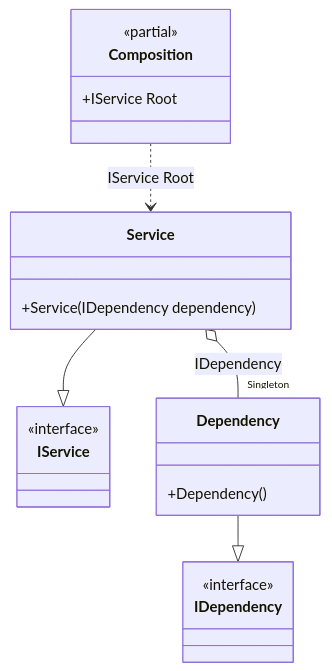
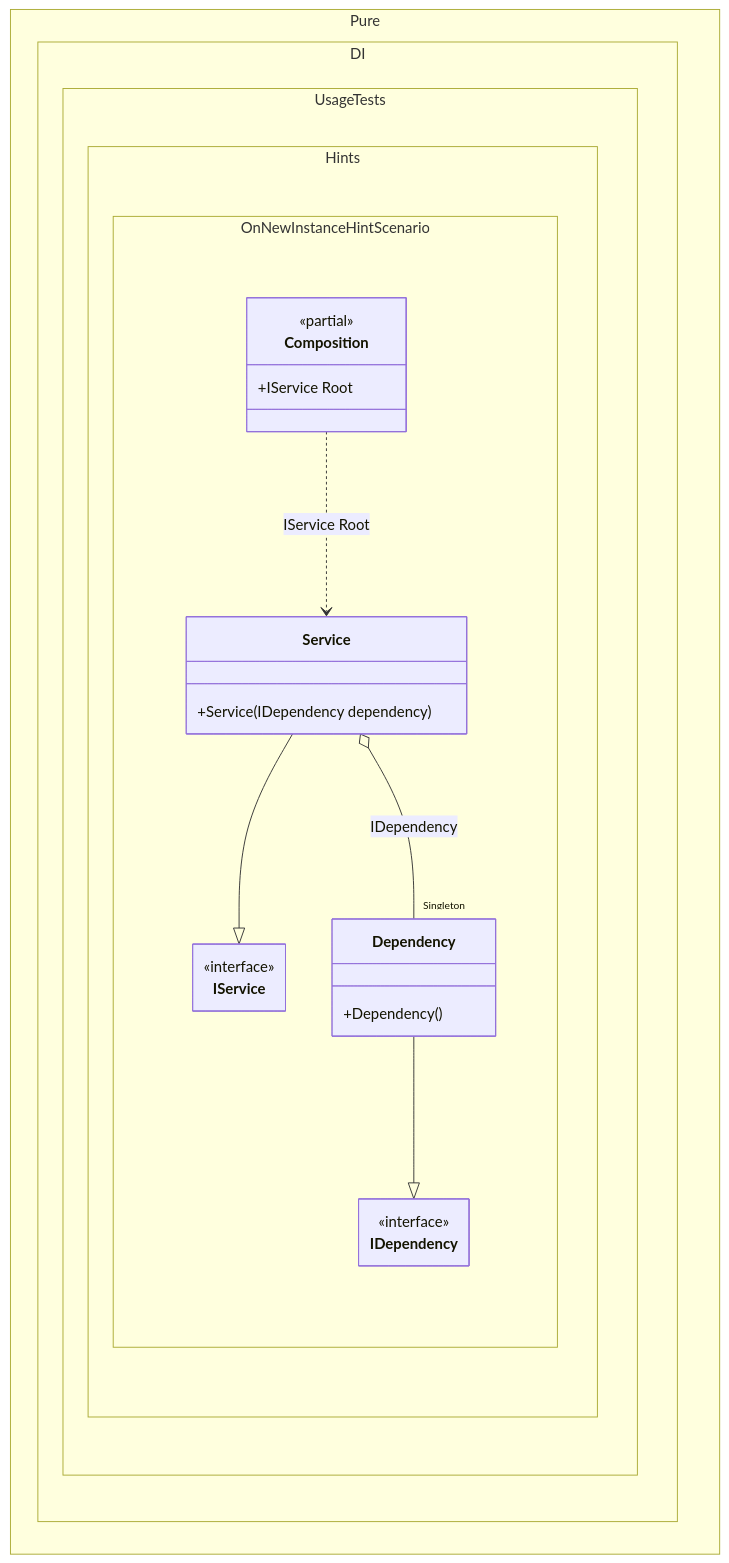
The diagram in readme/onnewinstance-hint.md (DevTeam/Pure.DI), drawn with Mermaid before and after one commit. The commit also changed 103 other files, not shown here.

Commit message:
Improved class diagrams

````diff
--- a/readme/onnewinstance-hint.md
+++ b/readme/onnewinstance-hint.md
@@ -118,23 +118,30 @@
 ```mermaid
+---
+ config:
+  class:
+   hideEmptyMembersBox: true
+---
 classDiagram
-	class Composition {
+	Service --|> IService
+	Dependency --|> IDependency
+	Composition ..> Service : IService Root
+	Service o-- "Singleton" Dependency : IDependency
+	namespace Pure.DI.UsageTests.Hints.OnNewInstanceHintScenario {
+		class Composition {
 		<<partial>>
 		+IService Root
+		}
+		class Dependency {
+			+Dependency()
+		}
+		class IDependency {
+			<<interface>>
+		}
+		class IService {
+			<<interface>>
+		}
+		class Service {
+			+Service(IDependency dependency)
+		}
 	}
-	Service --|> IService
-	class Service {
-		+Service(IDependency dependency)
-	}
-	Dependency --|> IDependency
-	class Dependency {
-		+Dependency()
-	}
-	class IService {
-		<<interface>>
-	}
-	class IDependency {
-		<<interface>>
-	}
-	Composition ..> Service : IService Root
-	Service o-- "Singleton" Dependency : IDependency
 ```
````
